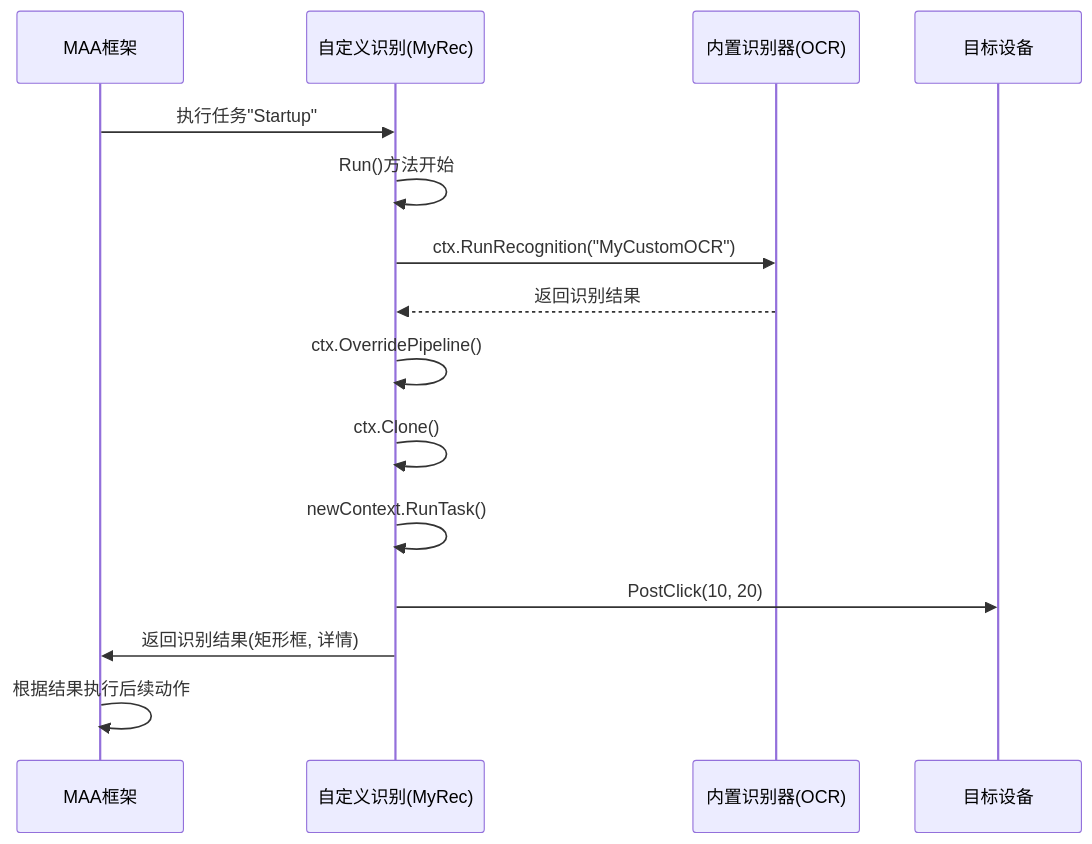
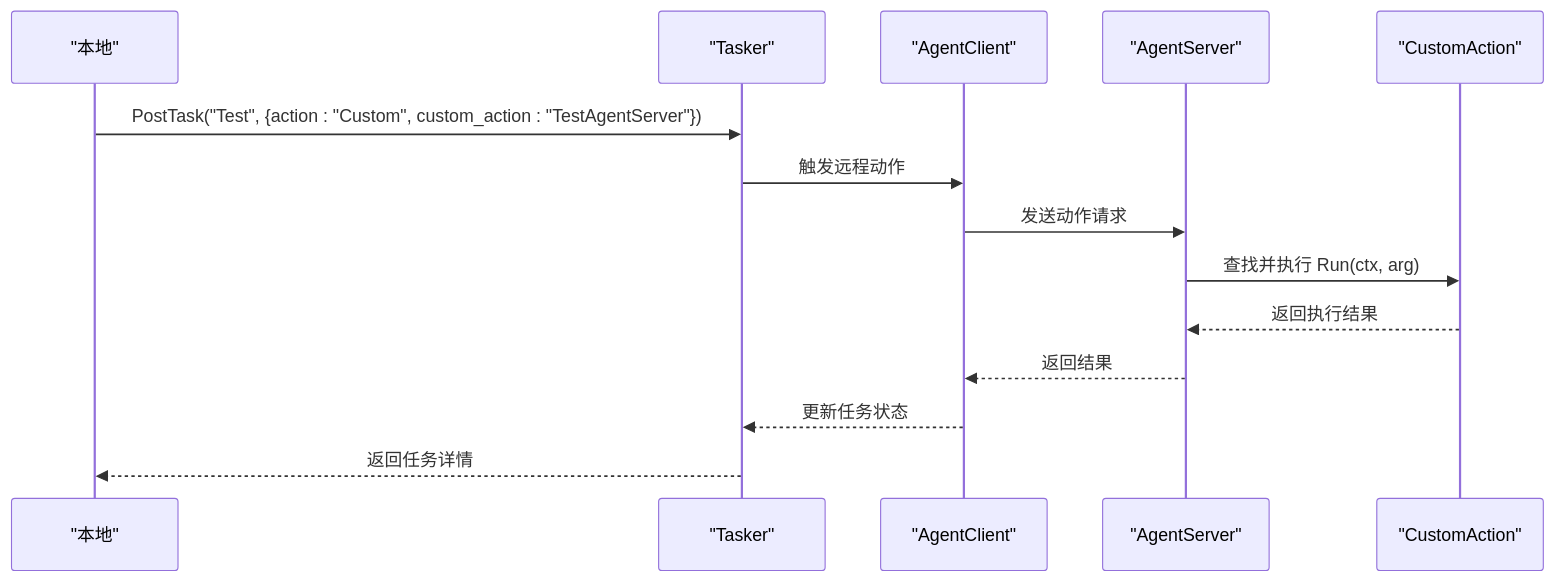
The third of 4 diagrams in .qoder/repowiki/zh/content/系统概述/maafw-golang 示例与用例.md (kqcoxn/MaaPipelineEditor), drawn with Mermaid before and after one commit. The commit also changed other lines of this file and 8 other files, not shown here.

````diff
--- a/.qoder/repowiki/zh/content/系统概述/maafw-golang 示例与用例.md
+++ b/.qoder/repowiki/zh/content/系统概述/maafw-golang 示例与用例.md
@@ -77,17 +281,16 @@
 ```mermaid
 sequenceDiagram
-participant 框架 as MAA框架
-participant 自定义识别 as 自定义识别(MyRec)
-participant 内置识别 as 内置识别器(OCR)
-participant 设备 as 目标设备
-框架->>自定义识别 : 执行任务"Startup"
-自定义识别->>自定义识别 : Run()方法开始
-自定义识别->>内置识别 : ctx.RunRecognition("MyCustomOCR")
-内置识别-->>自定义识别 : 返回识别结果
-自定义识别->>自定义识别 : ctx.OverridePipeline()
-自定义识别->>自定义识别 : ctx.Clone()
-自定义识别->>自定义识别 : newContext.RunTask()
-自定义识别->>设备 : PostClick(10, 20)
-自定义识别->>框架 : 返回识别结果(矩形框, 详情)
-框架->>框架 : 根据结果执行后续动作
+participant Local as "本地"
+participant Tasker as "Tasker"
+participant Client as "AgentClient"
+participant Server as "AgentServer"
+participant CA as "CustomAction"
+Local->>Tasker : PostTask("Test", {action : "Custom", custom_action : "TestAgentServer"})
+Tasker->>Client : 触发远程动作
+Client->>Server : 发送动作请求
+Server->>CA : 查找并执行 Run(ctx, arg)
+CA-->>Server : 返回执行结果
+Server-->>Client : 返回结果
+Client-->>Tasker : 更新任务状态
+Tasker-->>Local : 返回任务详情
 ```
````
